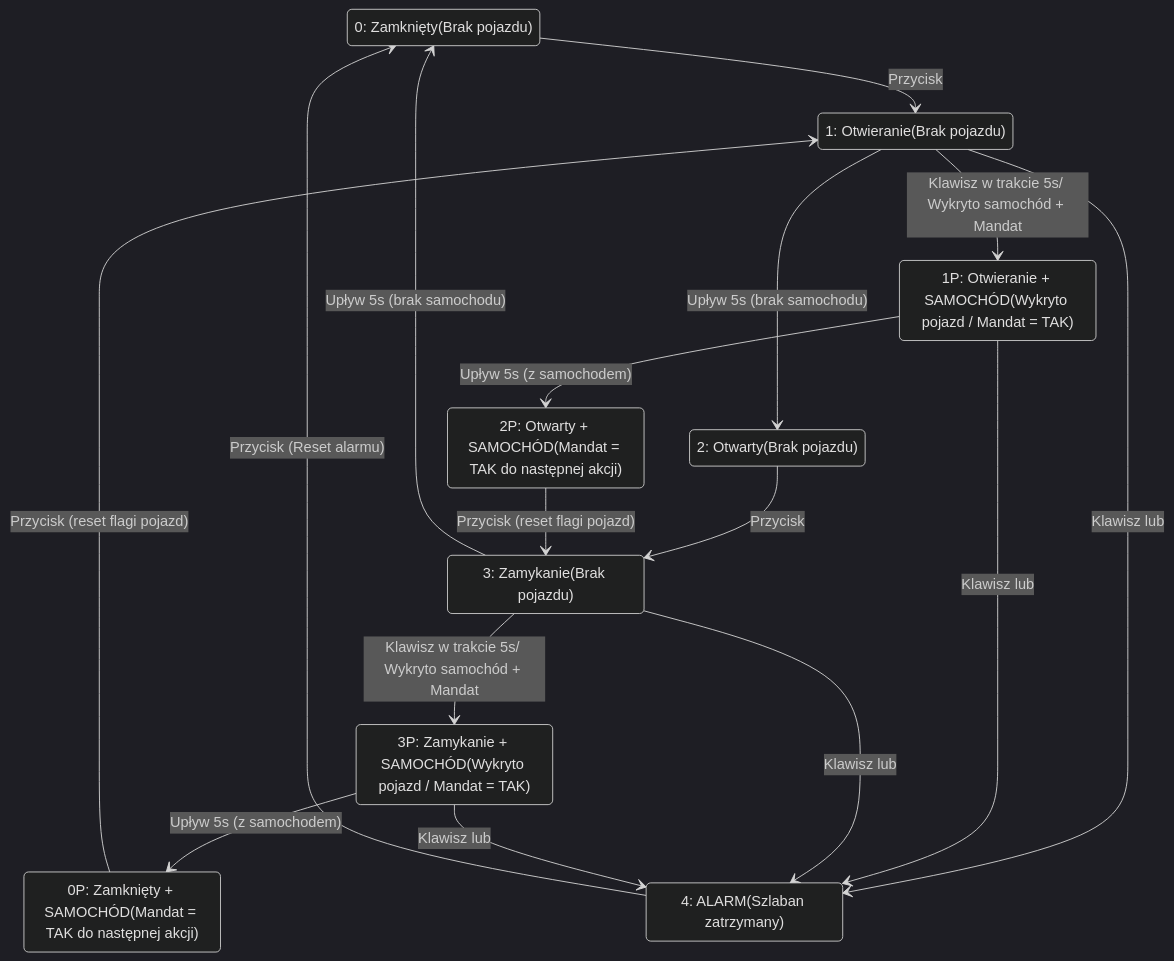
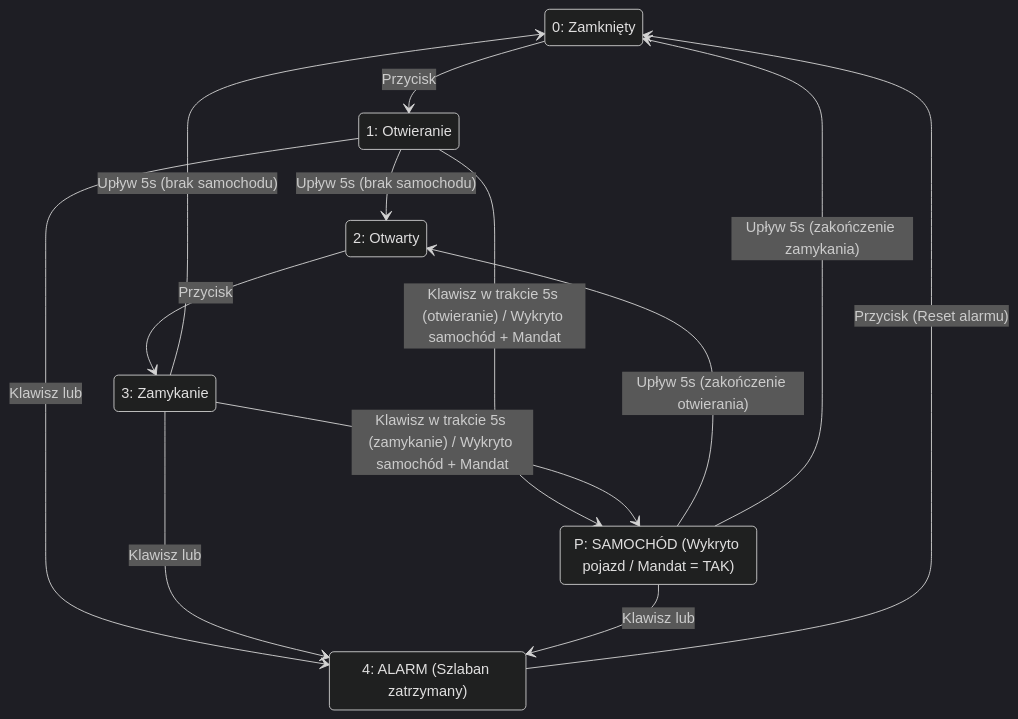
One commit to marcin281/Szkola changed the diagram in eas/przejazd/README.md. Above: the diagram before and after it, drawn with Mermaid (dark theme).

Commit message:
Refactor state diagram in README.md

````diff
--- a/eas/przejazd/README.md
+++ b/eas/przejazd/README.md
@@ -21,36 +21,31 @@
 ```mermaid 
 stateDiagram-v2
-    state "0: Zamknięty(Brak pojazdu)" as S0
-    state "1: Otwieranie(Brak pojazdu)" as S1
-    state "1P: Otwieranie + SAMOCHÓD(Wykryto pojazd / Mandat = TAK)" as S1_P
-    state "2: Otwarty(Brak pojazdu)" as S2
-    state "2P: Otwarty + SAMOCHÓD(Mandat = TAK do następnej akcji)" as S2_P
-    state "3: Zamykanie(Brak pojazdu)" as S3
-    state "3P: Zamykanie + SAMOCHÓD(Wykryto pojazd / Mandat = TAK)" as S3_P
-    state "0P: Zamknięty + SAMOCHÓD(Mandat = TAK do następnej akcji)" as S0_P
-    state "4: ALARM(Szlaban zatrzymany)" as S4
+    state "0: Zamknięty" as S0
+    state "1: Otwieranie" as S1
+    state "2: Otwarty" as S2
+    state "3: Zamykanie" as S3
+    state "4: ALARM (Szlaban zatrzymany)" as S4
+    state "P: SAMOCHÓD (Wykryto pojazd / Mandat = TAK)" as SP
 
     %% Otwieranie
     S0 --> S1 : Przycisk
-    S0_P --> S1 : Przycisk (reset flagi pojazd)
-    S1 --> S1_P : Klawisz w trakcie 5s/ Wykryto samochód + Mandat
     S1 --> S2 : Upływ 5s (brak samochodu)
-    S1_P --> S2_P : Upływ 5s (z samochodem)
+    S1 --> SP : Klawisz w trakcie 5s (otwieranie) / Wykryto samochód + Mandat
+    SP --> S2 : Upływ 5s (zakończenie otwierania)
 
     %% Zamykanie
     S2 --> S3 : Przycisk
-    S2_P --> S3 : Przycisk (reset flagi pojazd)
-    S3 --> S3_P : Klawisz w trakcie 5s/ Wykryto samochód + Mandat
     S3 --> S0 : Upływ 5s (brak samochodu)
-    S3_P --> S0_P : Upływ 5s (z samochodem)
+    S3 --> SP : Klawisz w trakcie 5s (zamykanie) / Wykryto samochód + Mandat
+    SP --> S0 : Upływ 5s (zakończenie zamykania)
 
     %% Przejścia do ALARMU (ze wszystkich stanów w ruchu)
     S1 --> S4 : Klawisz lub
-    S1_P --> S4 : Klawisz lub
     S3 --> S4 : Klawisz lub
-    S3_P --> S4 : Klawisz lub
+    SP --> S4 : Klawisz lub
 
     %% Wyjście z ALARMU
     S4 --> S0 : Przycisk (Reset alarmu)
 
+
 ```
````
